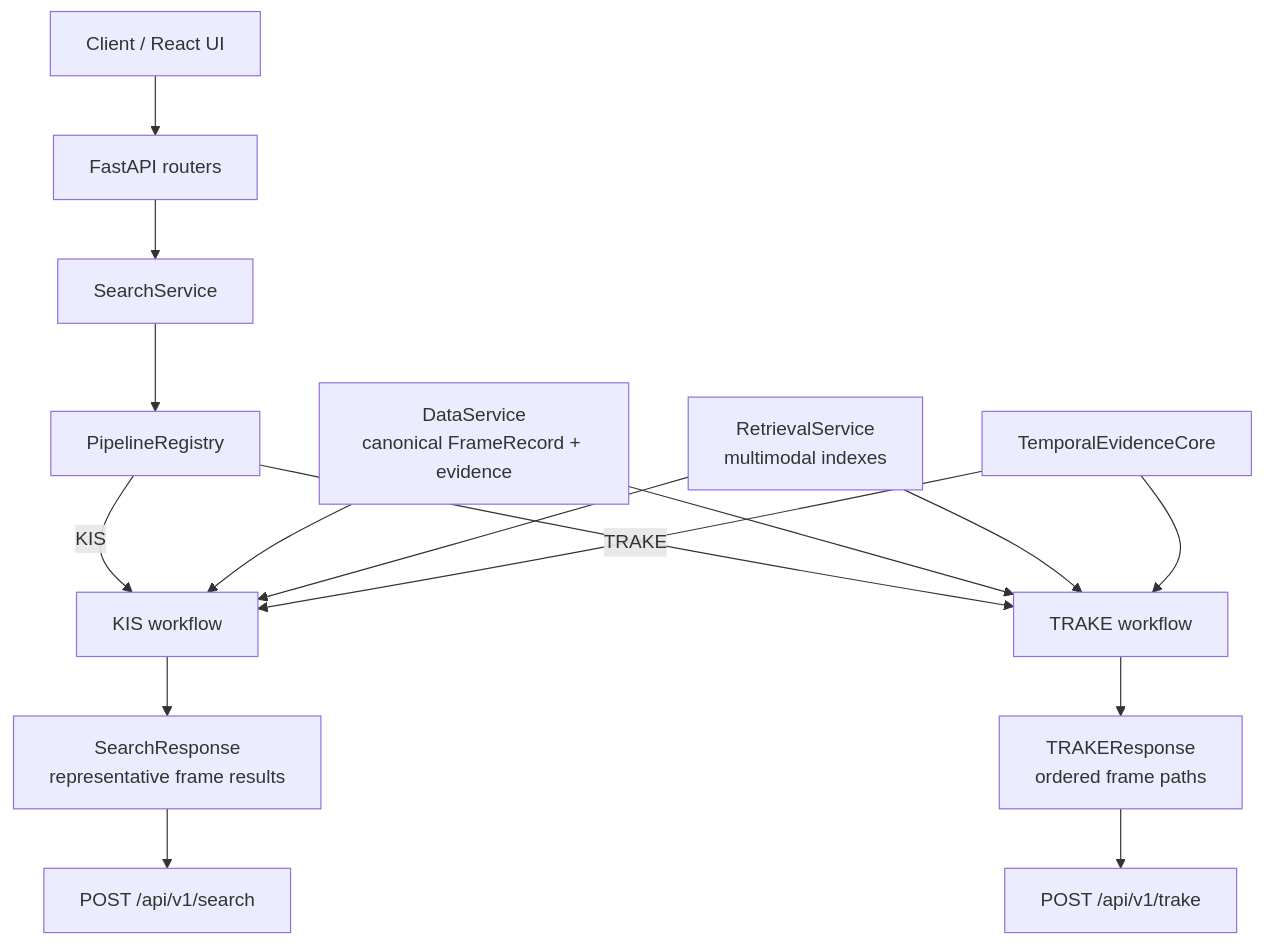
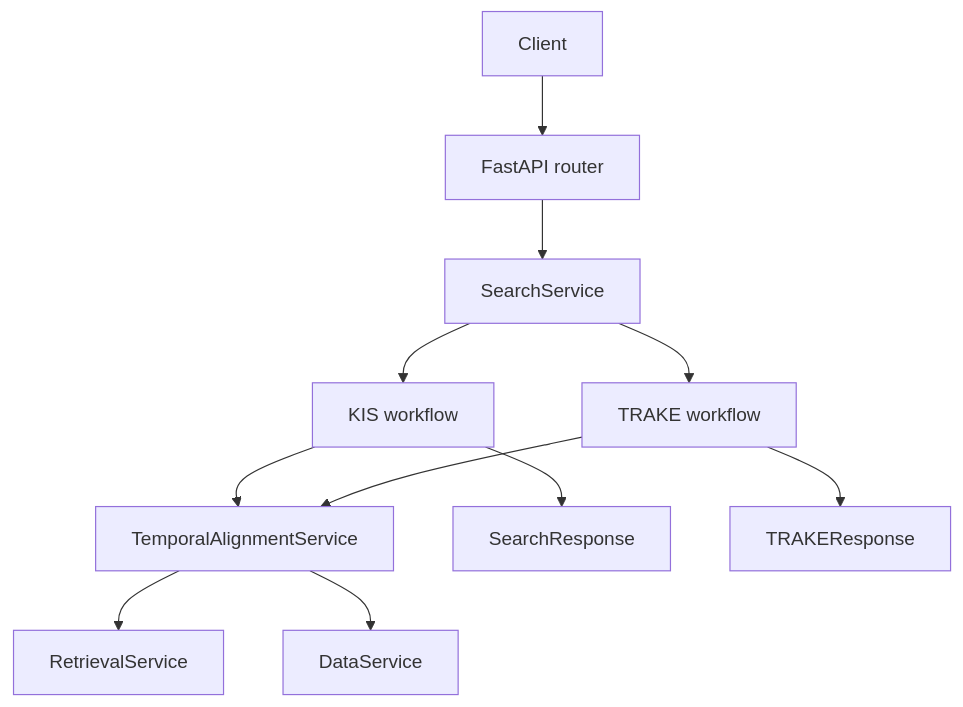
Before and after one commit to khang1108/MLeCDanBGold: the diagram in src/hcmai/README.md, drawn with Mermaid. The commit also changed other lines of this file and 74 other files, not shown here.

Commit message:
refactor: finished clean up plan for the codebase, clear all legacy logic for the KIS search, the current workflow will use DP as the core algorithm

````diff
--- a/src/hcmai/README.md
+++ b/src/hcmai/README.md
@@ -20,22 +26,13 @@
 ```mermaid
 flowchart TB
-    CLIENT["Client / React UI"] --> API["FastAPI routers"]
-    API --> SERVICE["SearchService"]
-    SERVICE --> REGISTRY["PipelineRegistry"]
-
-    REGISTRY -->|KIS| KIS["KIS workflow"]
-    REGISTRY -->|TRAKE| TRAKE["TRAKE workflow"]
-
-    DATA["DataService\ncanonical FrameRecord + evidence"] --> KIS
-    DATA --> TRAKE
-    RET["RetrievalService\nmultimodal indexes"] --> KIS
-    RET --> TRAKE
-    TEMP["TemporalEvidenceCore"] --> KIS
-    TEMP --> TRAKE
-
-    KIS --> KOUT["SearchResponse\nrepresentative frame results"]
-    TRAKE --> TOUT["TRAKEResponse\nordered frame paths"]
-
-    KOUT --> KHTTP["POST /api/v1/search"]
-    TOUT --> THTTP["POST /api/v1/trake"]
+    CLIENT[Client] --> API[FastAPI router]
+    API --> SERVICE[SearchService]
+    SERVICE --> KIS[KIS workflow]
+    SERVICE --> TRAKE[TRAKE workflow]
+    KIS --> ALIGN[TemporalAlignmentService]
+    TRAKE --> ALIGN
+    ALIGN --> RET[RetrievalService]
+    ALIGN --> DATA[DataService]
+    KIS --> KOUT[SearchResponse]
+    TRAKE --> TOUT[TRAKEResponse]
 ```
````
